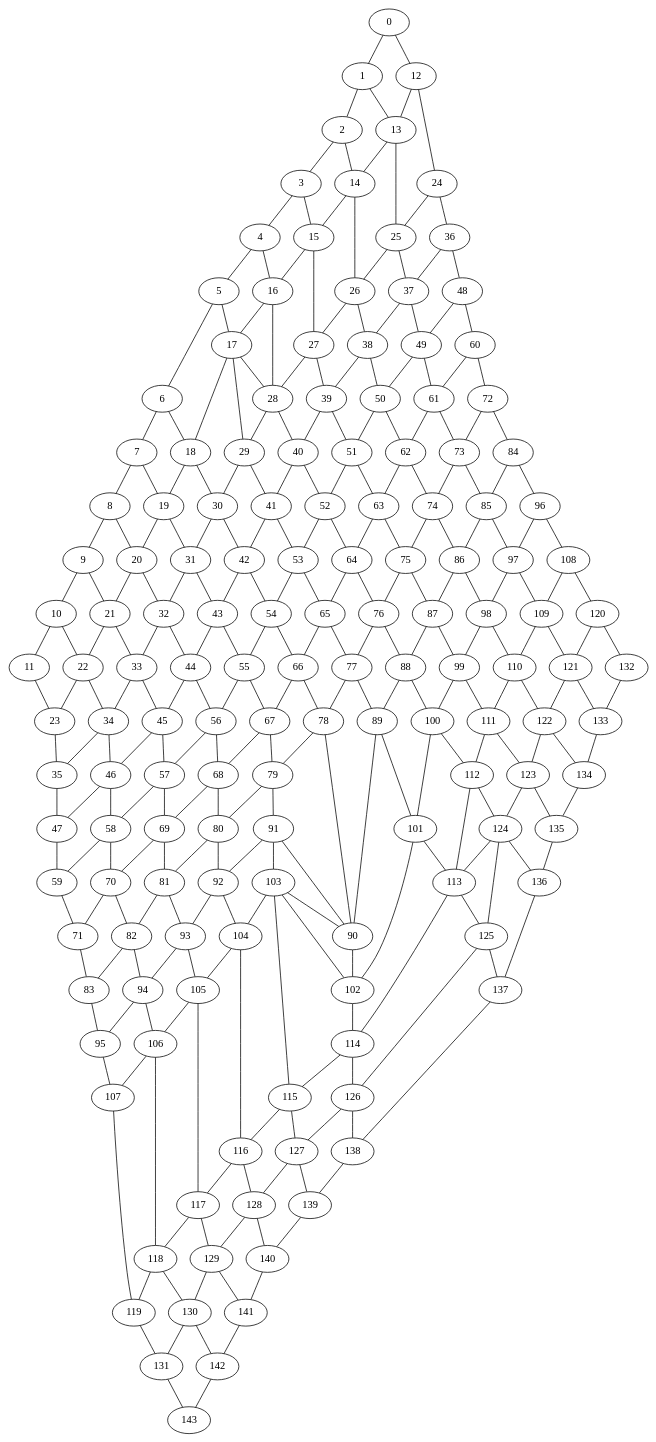
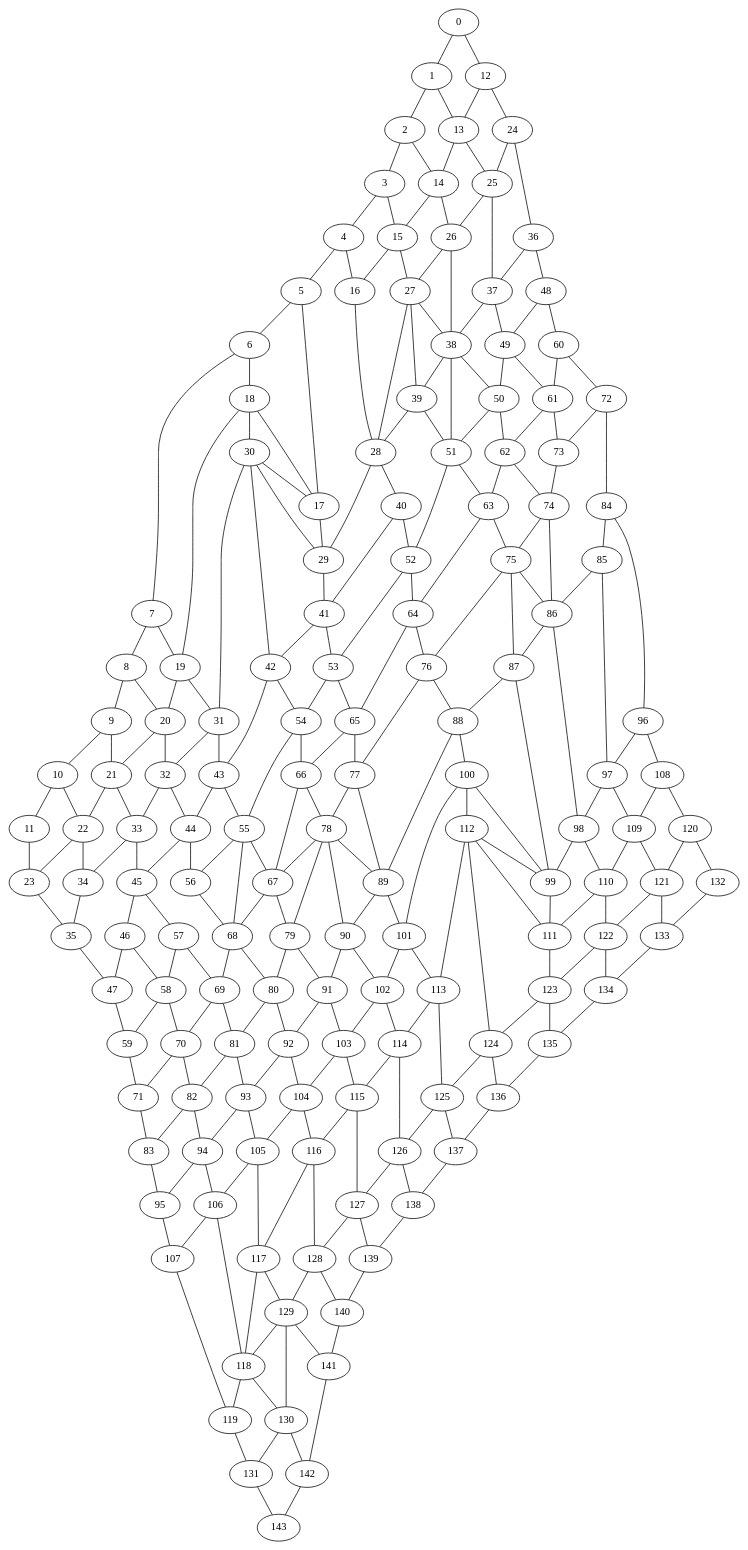
Before and after one commit to lorenzorizzi17/urban_network: the diagram in fig/graph.dot, drawn with Graphviz. The commit also changed 6 other files, not shown here.

```diff
--- a/fig/graph.dot
+++ b/fig/graph.dot
@@ -175,7 +175,6 @@
 15--27 ;
 15--16 ;
 16--28 ;
-16--17 ;
 17--29 ;
 17--18 ;
 18--30 ;
@@ -209,7 +208,6 @@
 32--33 ;
 33--45 ;
 33--34 ;
-34--46 ;
 34--35 ;
 35--47 ;
 36--37 ;
@@ -219,7 +217,6 @@
 38--50 ;
 38--39 ;
 39--51 ;
-39--40 ;
 40--52 ;
 40--41 ;
 41--53 ;
@@ -252,7 +249,6 @@
 55--67 ;
 55--56 ;
 56--68 ;
-56--57 ;
 57--69 ;
 57--58 ;
 58--70 ;
@@ -283,7 +279,6 @@
 71--83 ;
 72--73 ;
 72--84 ;
-73--85 ;
 73--74 ;
 74--86 ;
 74--75 ;
@@ -407,7 +402,14 @@
 140--141 ;
 141--142 ;
 142--143 ;
-103--90 ;
-17--28 ;
-124--113 ;
+129--118 ;
+27--38 ;
+38--51 ;
+55--68 ;
+30--17 ;
+78--89 ;
+112--99 ;
+75--86 ;
+39--28 ;
+78--67 ;
 }
```
